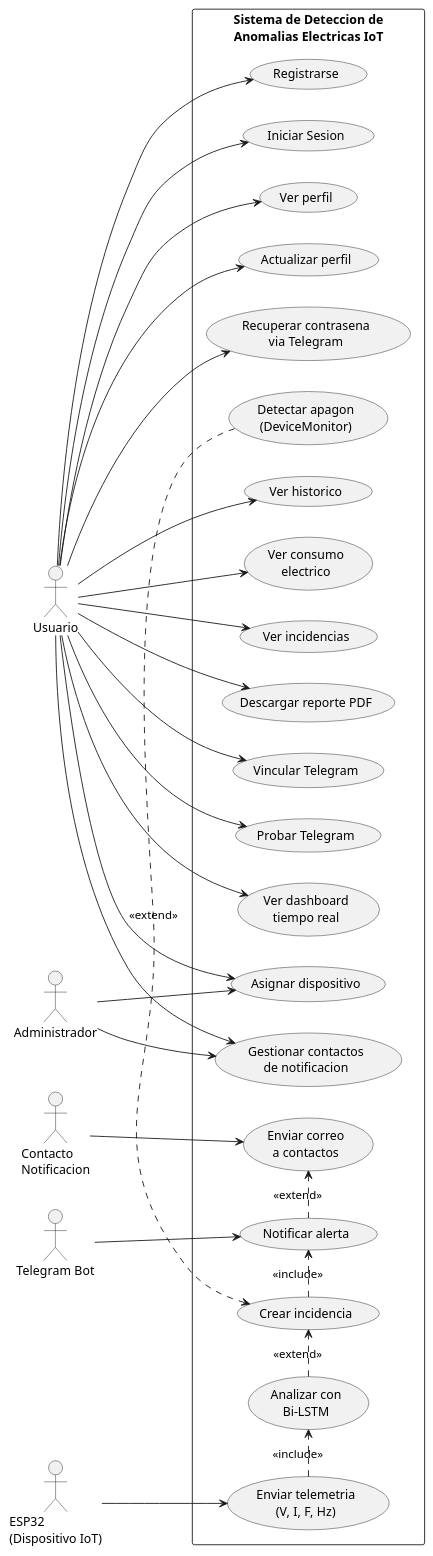
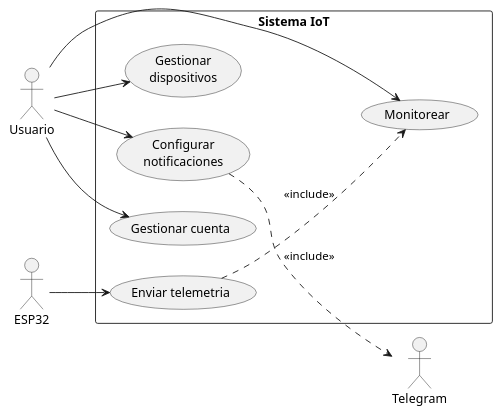
One commit to santiagopasante1-source/Proyecto changed the diagram in diagramas/diagrama_casos_uso.puml. Above: the diagram before and after it, drawn with PlantUML. The commit also changed 3 other files, not shown here.

Commit message:
simplifica diagramas PlantUML: menos texto, sin puertos, solo esencial

```diff
--- a/diagramas/diagrama_casos_uso.puml
+++ b/diagramas/diagrama_casos_uso.puml
@@ -1,67 +1,22 @@
 @startuml
 left to right direction
 actor "Usuario" as user
-actor "ESP32\n(Dispositivo IoT)" as esp32
-actor "Contacto\nNotificacion" as contacto
-actor "Telegram Bot" as tg
-actor "Administrador" as admin
+actor "ESP32" as esp32
+actor "Telegram" as tg
 
-rectangle "Sistema de Deteccion de\nAnomalias Electricas IoT" as system {
-
-  usecase "Registrarse" as UC1
-  usecase "Iniciar Sesion" as UC2
-  usecase "Ver perfil" as UC3
-  usecase "Actualizar perfil" as UC4
-  usecase "Recuperar contrasena\nvia Telegram" as UC5
-  usecase "Vincular Telegram" as UC6
-  usecase "Probar Telegram" as UC7
-
-  usecase "Asignar dispositivo" as UC8
-  usecase "Gestionar contactos\nde notificacion" as UC9
-
-  usecase "Ver dashboard\ntiempo real" as UC10
-  usecase "Ver historico" as UC11
-  usecase "Ver consumo\nelectrico" as UC12
-  usecase "Ver incidencias" as UC13
-  usecase "Descargar reporte PDF" as UC14
-
-  usecase "Enviar telemetria\n(V, I, F, Hz)" as UC15
-  usecase "Analizar con\nBi-LSTM" as UC16
-  usecase "Detectar apagon\n(DeviceMonitor)" as UC17
-
-  usecase "Crear incidencia" as UC18
-  usecase "Notificar alerta" as UC19
-  usecase "Enviar correo\na contactos" as UC20
+rectangle "Sistema IoT" as sys {
+  usecase "Gestionar cuenta" as UC1
+  usecase "Monitorear" as UC2
+  usecase "Gestionar\ndispositivos" as UC3
+  usecase "Configurar\nnotificaciones" as UC4
+  usecase "Enviar telemetria" as UC5
 }
 
 user --> UC1
 user --> UC2
 user --> UC3
 user --> UC4
-user --> UC5
-user --> UC6
-user --> UC7
-user --> UC8
-user --> UC9
-user --> UC10
-user --> UC11
-user --> UC12
-user --> UC13
-user --> UC14
-
-esp32 --> UC15
-
-UC15 .> UC16 : <<include>>
-UC16 .> UC18 : <<extend>>
-UC17 .> UC18 : <<extend>>
-
-UC18 .> UC19 : <<include>>
-UC19 .> UC20 : <<extend>>
-
-tg --> UC19
-contacto --> UC20
-
-admin --> UC8
-admin --> UC9
-
+esp32 --> UC5
+UC5 ..> UC2 : <<include>>
+UC4 ..> tg : <<include>>
 @enduml
```
